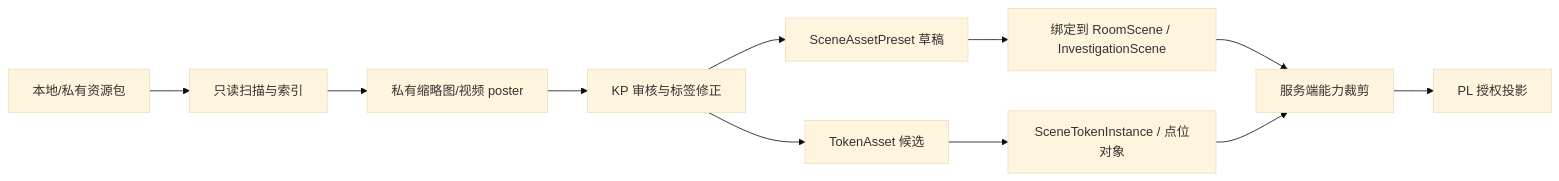
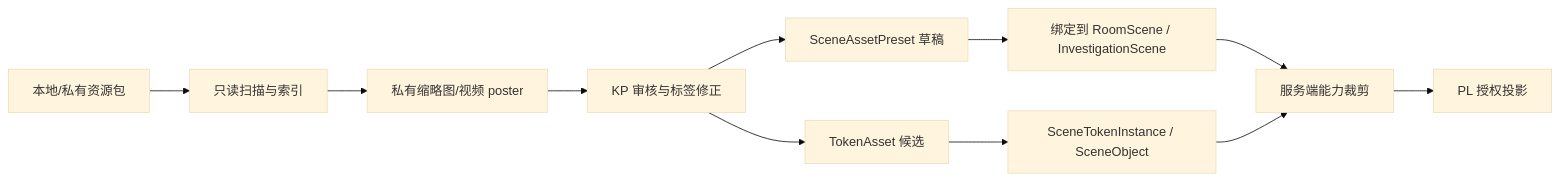
Before and after one commit to 624120396-ctrl/sunken-city: the diagram in docs/superpowers/research/vtt-architecture/05-sunken-city-architecture-proposal.zh-CN.md, drawn with Mermaid (base theme). The commit also changed other lines of this file and 2 other files, not shown here.

````diff
--- a/docs/superpowers/research/vtt-architecture/05-sunken-city-architecture-proposal.zh-CN.md
+++ b/docs/superpowers/research/vtt-architecture/05-sunken-city-architecture-proposal.zh-CN.md
@@ -23,13 +23,13 @@
 ```mermaid
 flowchart LR
   A["本地/私有资源包"] --> B["只读扫描与索引"]
   B --> C["私有缩略图/视频 poster"]
   C --> D["KP 审核与标签修正"]
   D --> E["SceneAssetPreset 草稿"]
   D --> F["TokenAsset 候选"]
   E --> G["绑定到 RoomScene / InvestigationScene"]
-  F --> H["SceneTokenInstance / 点位对象"]
+  F --> H["SceneTokenInstance / SceneObject"]
   G --> I["服务端能力裁剪"]
   H --> I
   I --> J["PL 授权投影"]
 ```
````
